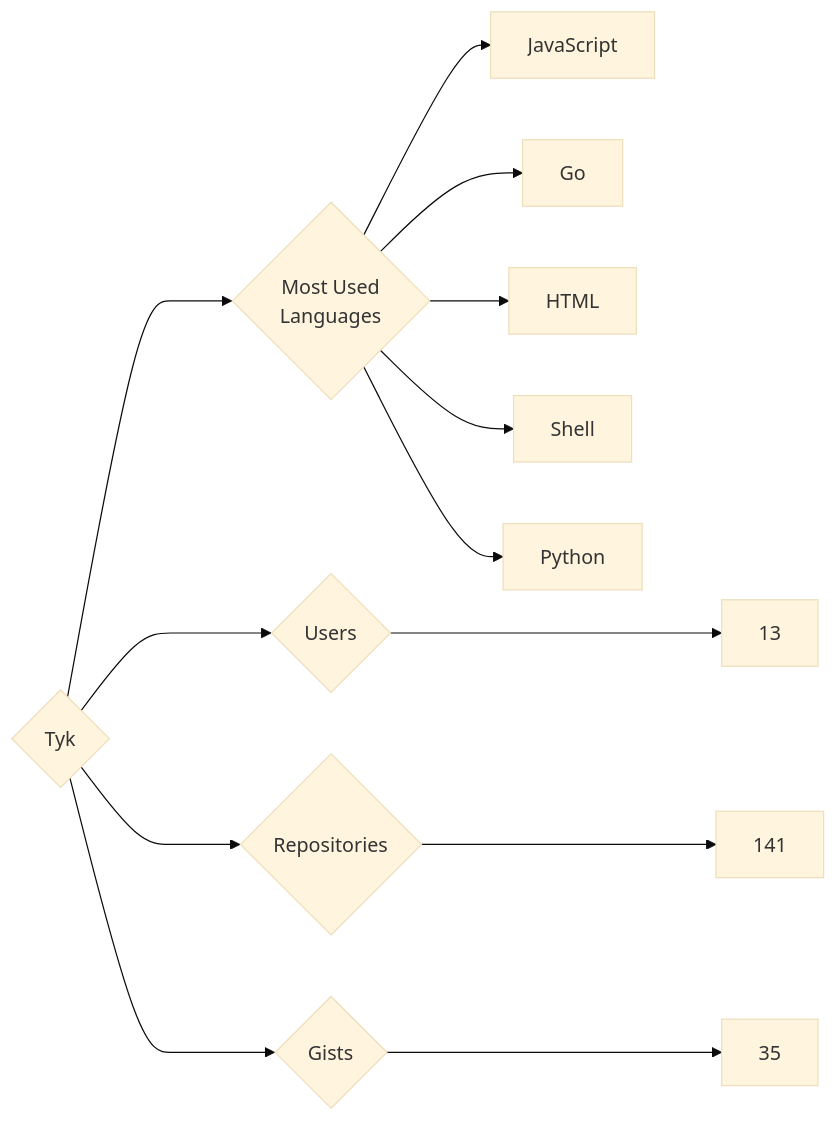
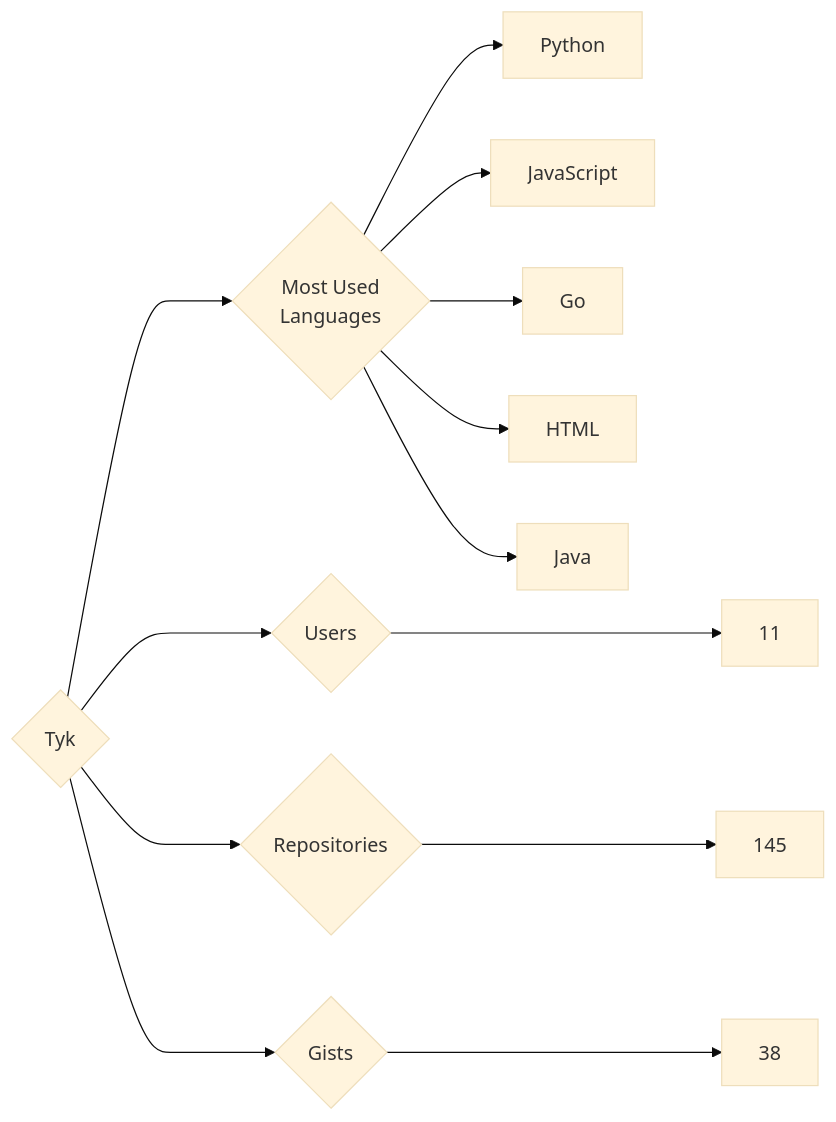
The diagram in targets/Tyk/README.md (trickest/insiders), drawn with Mermaid (base theme) before and after one commit. The commit also changed 878 other files, not shown here.

````diff
--- a/targets/Tyk/README.md
+++ b/targets/Tyk/README.md
@@ -3,13 +3,13 @@
 ```mermaid
 graph LR
 COMPANY_NAME{Tyk}
-COMPANY_NAME ---> U{Users} ---> UN[13]
-COMPANY_NAME ---> R{Repositories} ---> RN[141]
-COMPANY_NAME ---> G{Gists} ---> GN[35]
+COMPANY_NAME ---> U{Users} ---> UN[11]
+COMPANY_NAME ---> R{Repositories} ---> RN[145]
+COMPANY_NAME ---> G{Gists} ---> GN[38]
 COMPANY_NAME ---> ML{Most Used<br>Languages}
+ML --> Python[Python]
 ML --> JavaScript[JavaScript]
 ML --> Go[Go]
 ML --> HTML[HTML]
-ML --> Shell[Shell]
-ML --> Python[Python]
+ML --> Java[Java]
 ```
````
